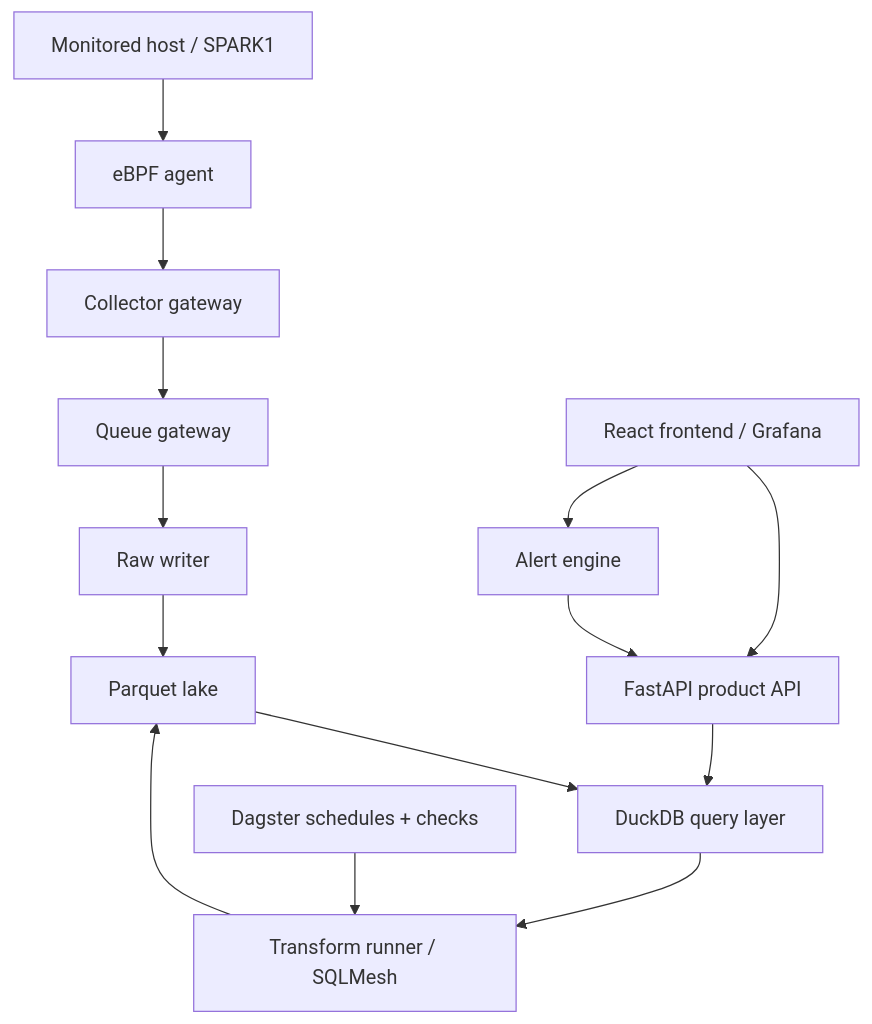
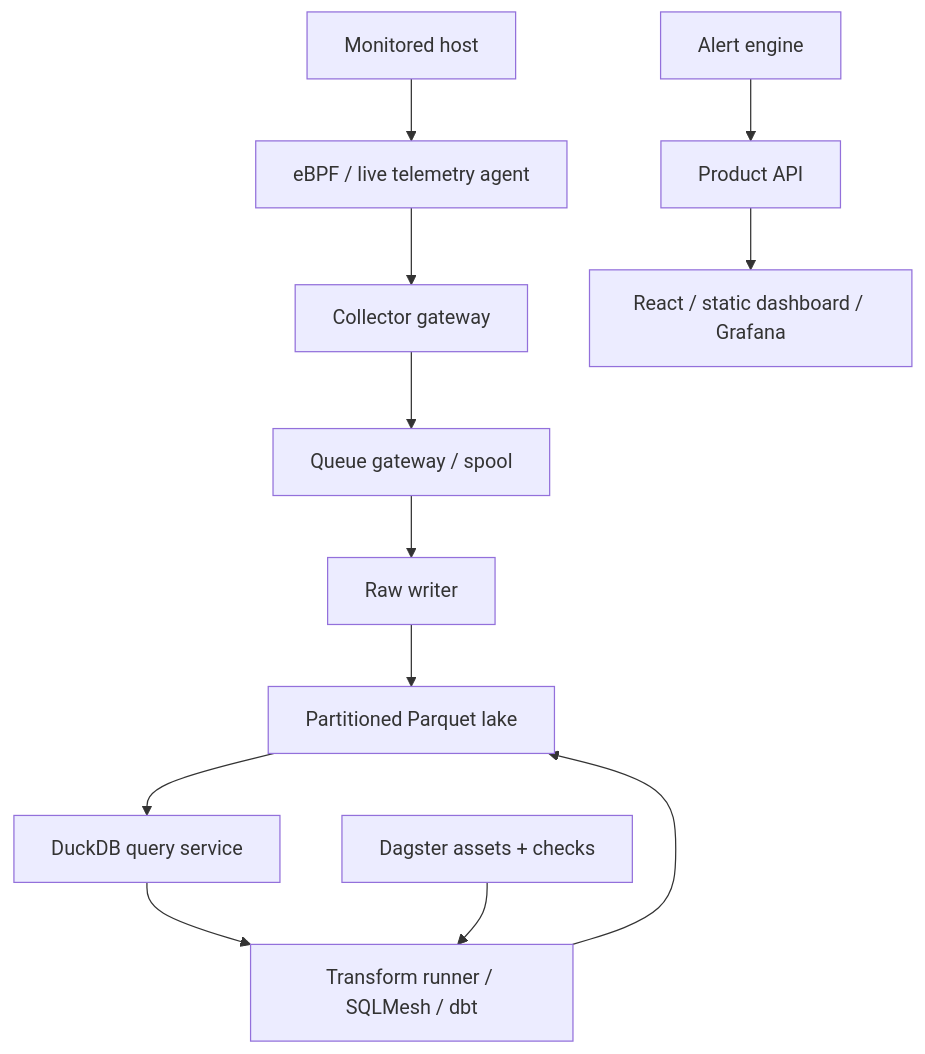
One commit to TurbaAI/Analytics changed the second of 2 diagrams in README.md. Above: the diagram before and after it, drawn with Mermaid. The commit also changed other lines of this file, not shown here.

````diff
--- a/README.md
+++ b/README.md
@@ -19,29 +90,27 @@
 ```mermaid
 flowchart TD
-  Host["Monitored host / SPARK1"]
-  Agent["eBPF agent"]
+  Host["Monitored host"]
+  EBPF["eBPF / live telemetry agent"]
   Collector["Collector gateway"]
-  Queue["Queue gateway"]
+  Queue["Queue gateway / spool"]
   Raw["Raw writer"]
-  Lake["Parquet lake"]
-  DuckDB["DuckDB query layer"]
-  Transform["Transform runner / SQLMesh"]
-  Dagster["Dagster schedules + checks"]
-  API["FastAPI product API"]
+  Lake["Partitioned Parquet lake"]
+  DuckDB["DuckDB query service"]
+  Transform["Transform runner / SQLMesh / dbt"]
+  Dagster["Dagster assets + checks"]
   Alerts["Alert engine"]
-  UI["React frontend / Grafana"]
+  API["Product API"]
+  React["React / static dashboard / Grafana"]
 
-  Host --> Agent
-  Agent --> Collector
+  Host --> EBPF
+  EBPF --> Collector
   Collector --> Queue
   Queue --> Raw
   Raw --> Lake
   Lake --> DuckDB
   DuckDB --> Transform
   Transform --> Lake
   Dagster --> Transform
-  API --> DuckDB
   Alerts --> API
-  UI --> API
-  UI --> Alerts
+  API --> React
 ```
````
